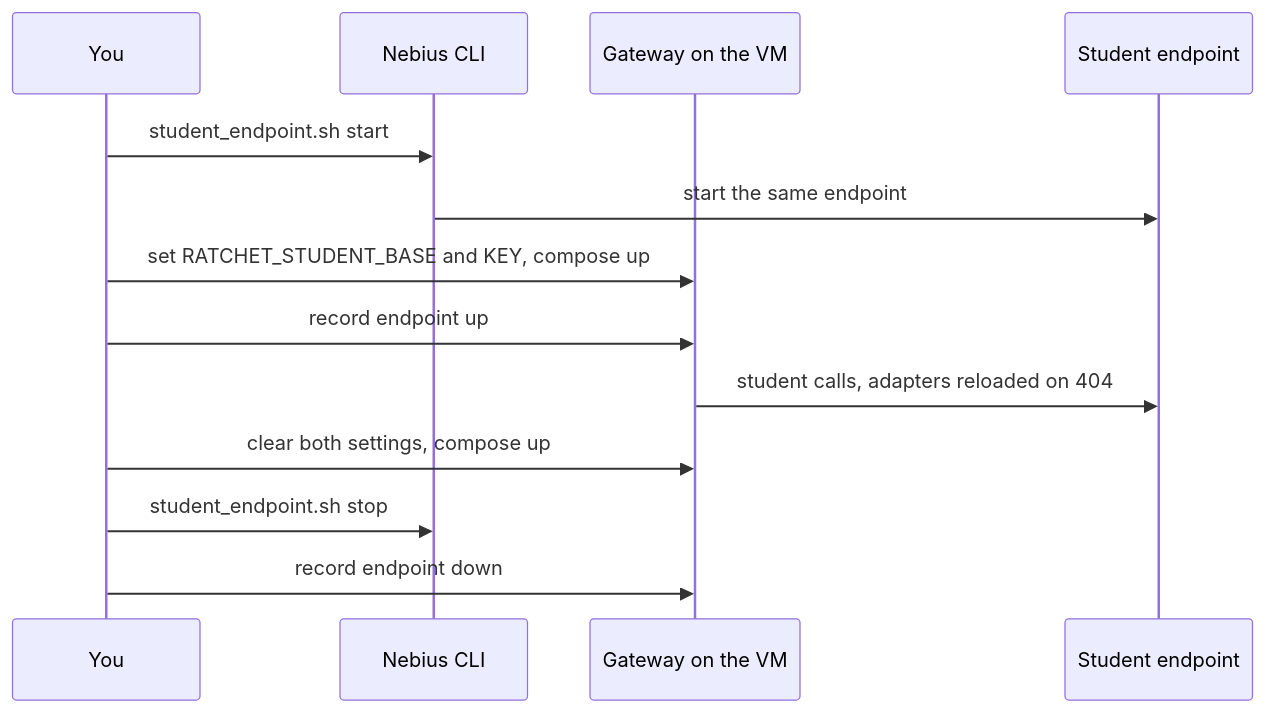
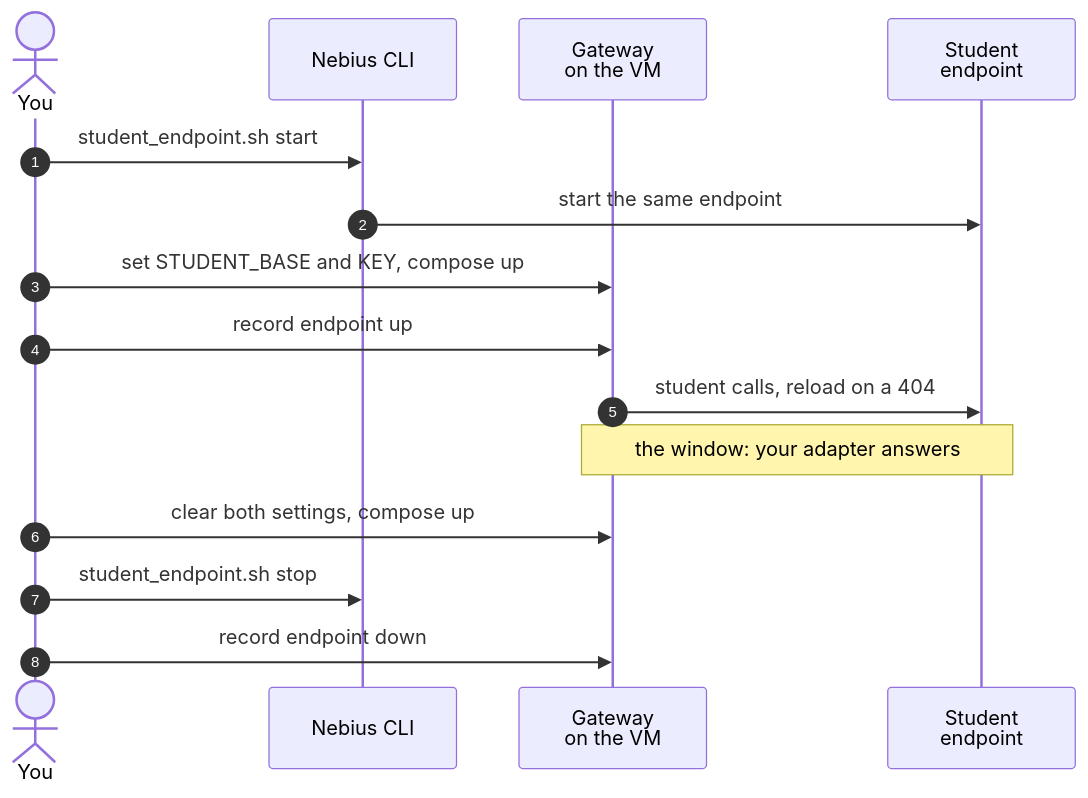
Before and after one commit to harshbhx/ratchet: the second of 2 diagrams in docs-site/src/content/docs/guides/host-on-nebius.mdx, drawn with Mermaid. The commit also changed other lines of this file and 100 other files, not shown here.

First line of the commit message:
Docs v2: new design, Mermaid diagrams, React Bits components, text-to-SQL pages, fresh reference (#14)

````diff
--- a/docs-site/src/content/docs/guides/host-on-nebius.mdx
+++ b/docs-site/src/content/docs/guides/host-on-nebius.mdx
@@ -341,15 +368,17 @@
 ```mermaid
 sequenceDiagram
-  participant You
+  autonumber
+  actor You
   participant CLI as Nebius CLI
-  participant GW as Gateway on the VM
-  participant EP as Student endpoint
+  participant Gateway as Gateway<br/>on the VM
+  participant Student as Student<br/>endpoint
   You->>CLI: student_endpoint.sh start
-  CLI->>EP: start the same endpoint
-  You->>GW: set RATCHET_STUDENT_BASE and KEY, compose up
-  You->>GW: record endpoint up
-  GW->>EP: student calls, adapters reloaded on 404
-  You->>GW: clear both settings, compose up
+  CLI->>Student: start the same endpoint
+  You->>Gateway: set STUDENT_BASE and KEY, compose up
+  You->>Gateway: record endpoint up
+  Gateway->>Student: student calls, reload on a 404
+  Note over Gateway,Student: the window: your adapter answers
+  You->>Gateway: clear both settings, compose up
   You->>CLI: student_endpoint.sh stop
-  You->>GW: record endpoint down
+  You->>Gateway: record endpoint down
 ```
````
